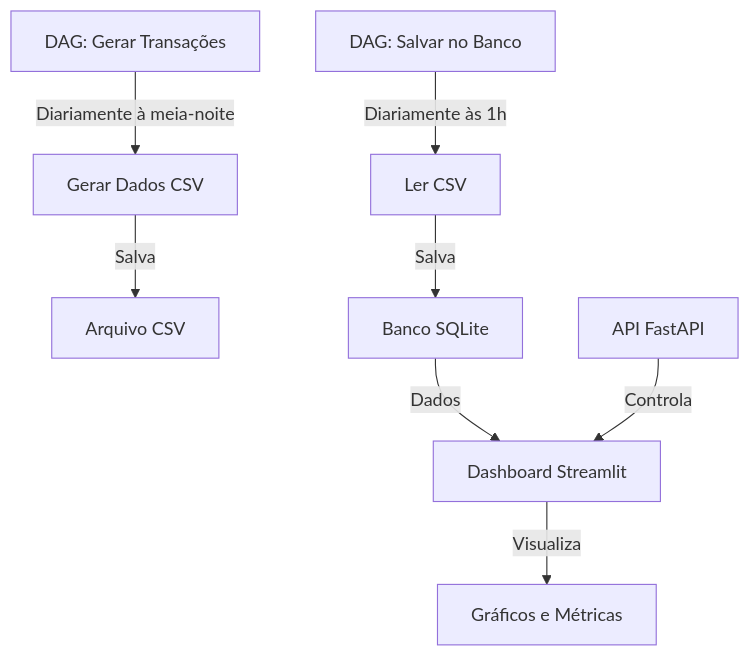
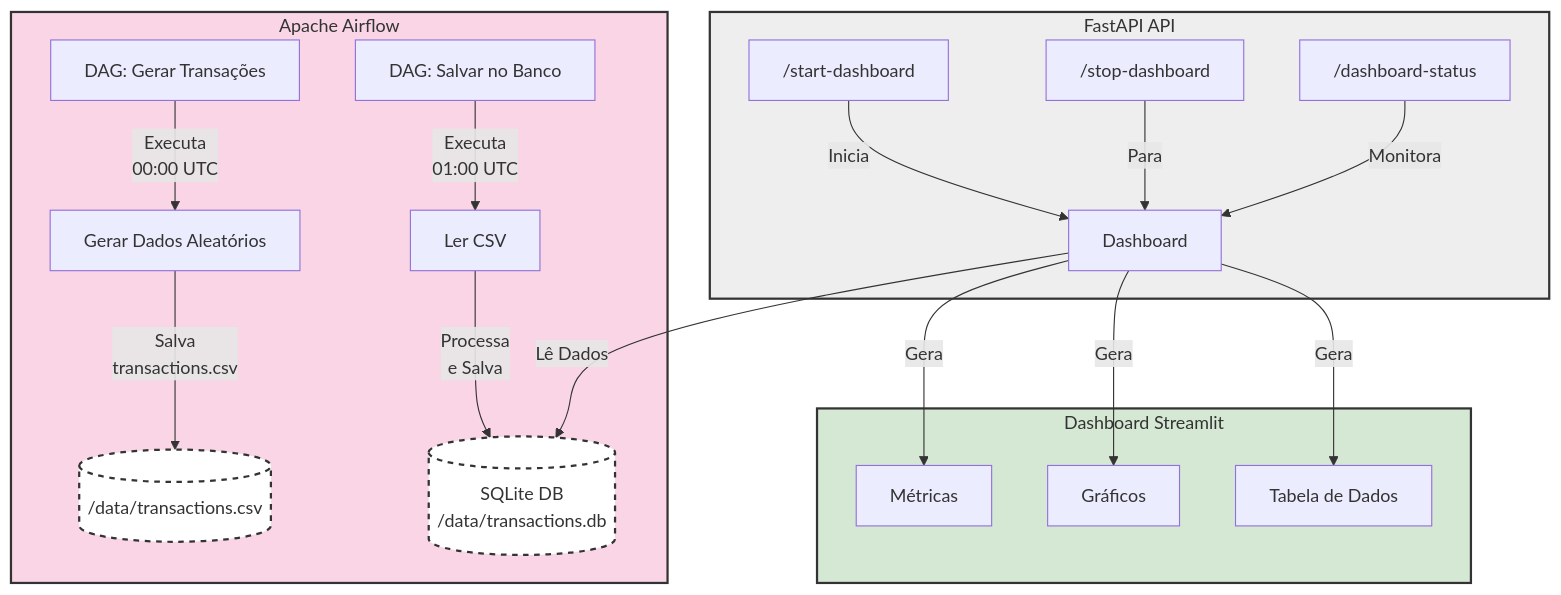
The diagram in README.md (hgamaf/learn_or_skip_airflow), drawn with Mermaid before and after one commit. The commit also changed other lines of this file and 6 other files, not shown here.

````diff
--- a/README.md
+++ b/README.md
@@ -15,10 +15,29 @@
 ```mermaid
-graph TD
-    A[DAG: Gerar Transações] -->|Diariamente à meia-noite| B[Gerar Dados CSV]
-    B -->|Salva| C[Arquivo CSV]
-    D[DAG: Salvar no Banco] -->|Diariamente às 1h| E[Ler CSV]
-    E -->|Salva| F[Banco SQLite]
-    F -->|Dados| G[Dashboard Streamlit]
-    H[API FastAPI] -->|Controla| G
-    G -->|Visualiza| I[Gráficos e Métricas]
+graph TB
+    subgraph Airflow ["Apache Airflow"]
+        A[DAG: Gerar Transações] -->|"Executa<br/>00:00 UTC"| B[Gerar Dados Aleatórios]
+        B -->|"Salva<br/>transactions.csv"| C[("/data/transactions.csv")]
+        D[DAG: Salvar no Banco] -->|"Executa<br/>01:00 UTC"| E[Ler CSV]
+        E -->|"Processa<br/>e Salva"| F[("SQLite DB<br/>/data/transactions.db")]
+    end
+
+    subgraph API ["FastAPI API"]
+        H["/start-dashboard"] -->|"Inicia"| G
+        I["/stop-dashboard"] -->|"Para"| G
+        J["/dashboard-status"] -->|"Monitora"| G
+    end
+
+    subgraph Dashboard ["Dashboard Streamlit"]
+        G[Dashboard] -->|"Lê Dados"| F
+        G -->|"Gera"| K[Métricas]
+        G -->|"Gera"| L[Gráficos]
+        G -->|"Gera"| M[Tabela de Dados]
+    end
+
+    style Airflow fill:#f9d5e5,stroke:#333,stroke-width:2px
+    style API fill:#eeeeee,stroke:#333,stroke-width:2px
+    style Dashboard fill:#d5e8d4,stroke:#333,stroke-width:2px
+    
+    classDef storage fill:#fff,stroke:#333,stroke-width:2px,stroke-dasharray: 5 5
+    class C,F storage
 ```
````
